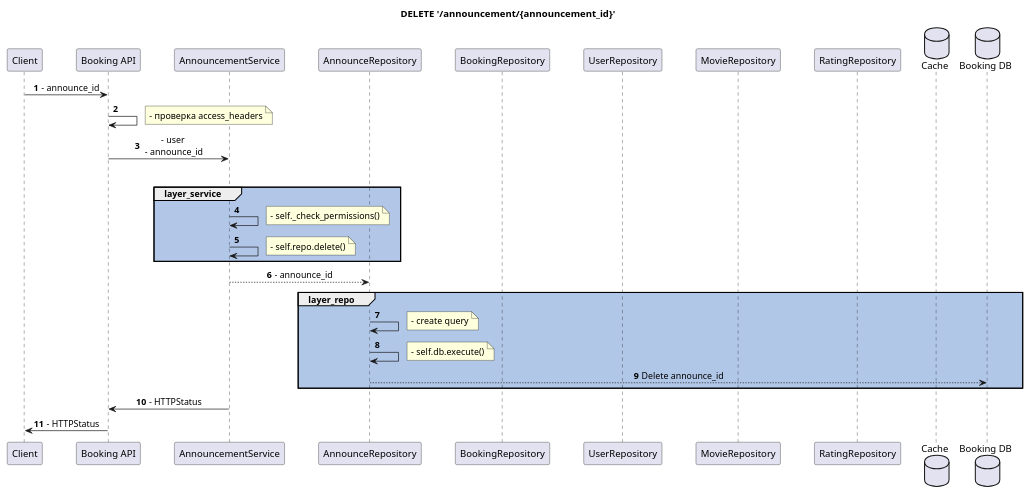
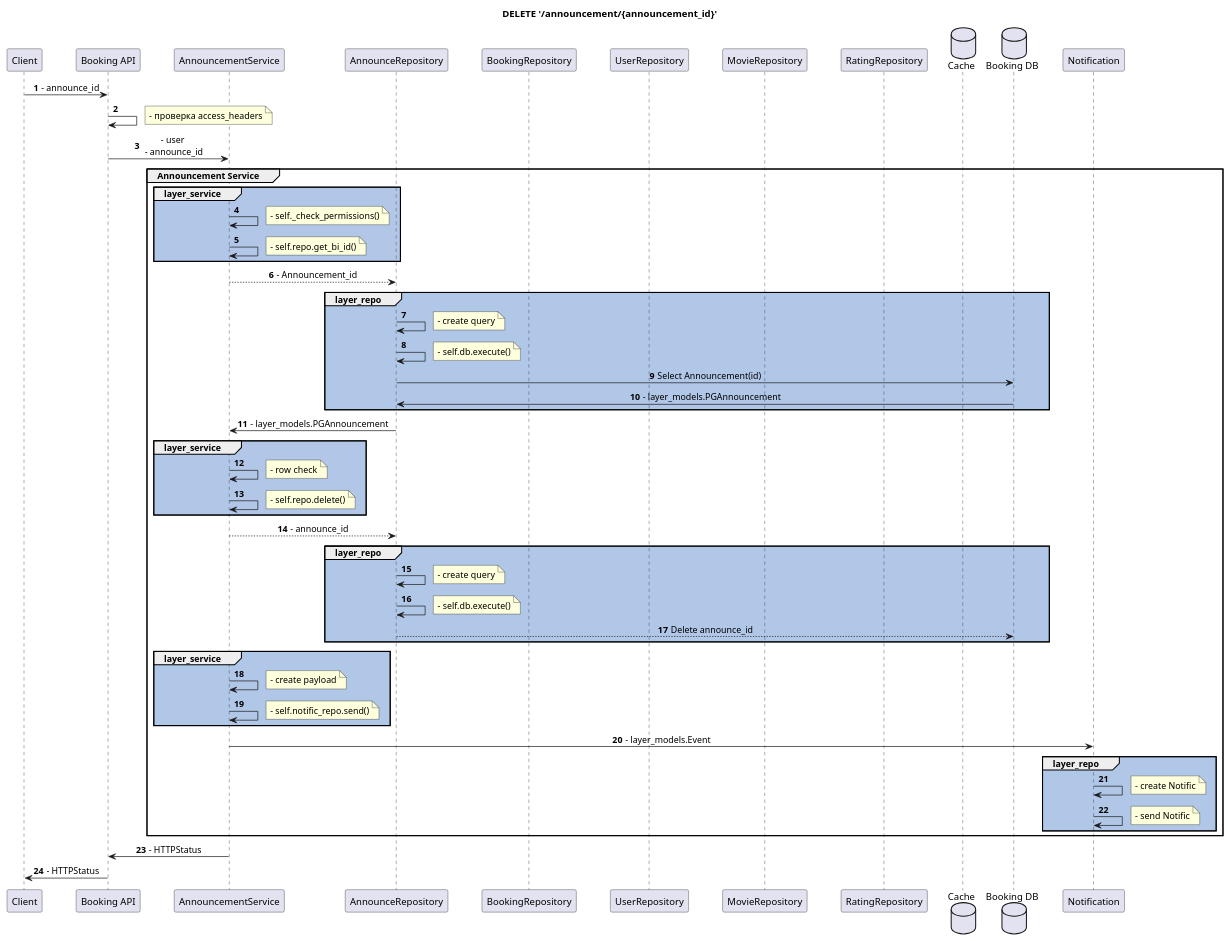
One commit to GA10v/booking_service changed the diagram in docs/scheme/sequence_diagram/announcement/delete.puml. Above: the diagram before and after it, drawn with PlantUML. The commit also changed 7 other files, not shown here.

Commit message:
fix sequence_diagram

```diff
--- a/docs/scheme/sequence_diagram/announcement/delete.puml
+++ b/docs/scheme/sequence_diagram/announcement/delete.puml
@@ -1,64 +1,117 @@
 @startuml layers
 ' !theme materia
 autonumber
 skinparam sequence {
     ParticipantPadding 20
     MessageAlign center
 }
 
 title DELETE '/announcement/{announcement_id}'
 
 participant Client as Client
 participant "Booking API" as API
 participant "AnnouncementService" as Service
 participant "AnnounceRepository" as AnnounceRepo
 participant "BookingRepository" as BookingRepo
 participant "UserRepository" as UserRepo
 participant "MovieRepository" as MovieRepo
 participant "RatingRepository" as RatingRepo
 database "Cache" as Cache_Service
 database "Booking DB" as DB_Booking
 
 
 Client -> API: - announce_id
 API -> API:
 note right
     - проверка access_headers
 end note
 API -> Service: - user\n - announce_id
 
 group Announcement Service
 
     group #B2C7E8 layer_service
 
         Service -> Service
         note right
             - self._check_permissions()
         end note
 
         Service -> Service
         note right
-            - self.repo.delete()
+            - self.repo.get_bi_id()
         end note
         end group
 
-        Service --> AnnounceRepo: - announce_id
+        Service --> AnnounceRepo: - Announcement_id
+
         group #B1C7E8 layer_repo
-
             AnnounceRepo -> AnnounceRepo
             note right
                 - create query
             end note
 
             AnnounceRepo -> AnnounceRepo
             note right
                 - self.db.execute()
             end note
 
-            AnnounceRepo --> DB_Booking: Delete announce_id
+            AnnounceRepo -> DB_Booking: Select Announcement(id)
+            DB_Booking -> AnnounceRepo: - layer_models.PGAnnouncement
             end group
+            AnnounceRepo -> Service: - layer_models.PGAnnouncement
 
-            Service -> API: - HTTPStatus
+            group #B2C7E8 layer_service
+                Service -> Service
+                note right
+                    - row check
+                end note
+                Service -> Service
+                note right
+                    - self.repo.delete()
+                end note
+                end group
 
-            API -> Client: - HTTPStatus
-            @enduml
+                Service --> AnnounceRepo: - announce_id
+                group #B1C7E8 layer_repo
+
+                    AnnounceRepo -> AnnounceRepo
+                    note right
+                        - create query
+                    end note
+
+                    AnnounceRepo -> AnnounceRepo
+                    note right
+                        - self.db.execute()
+                    end note
+
+                    AnnounceRepo --> DB_Booking: Delete announce_id
+                    end group
+
+                    group #B1C7E8 layer_service
+                        Service -> Service
+                        note right
+                            - create payload
+                        end note
+                        Service -> Service
+                        note right
+                            - self.notific_repo.send()
+                        end note
+                        end group
+                        Service -> Notification: - layer_models.Event
+                        group #B1C7E8 layer_repo
+                            Notification -> Notification
+                            note right
+                                - create Notific
+                            end note
+                            Notification -> Notification
+                            note right
+                                - send Notific
+                            end note
+
+                            end group
+                            end group
+
+                            Service -> API: - HTTPStatus
+
+                            API -> Client: - HTTPStatus
+                            @enduml
```
